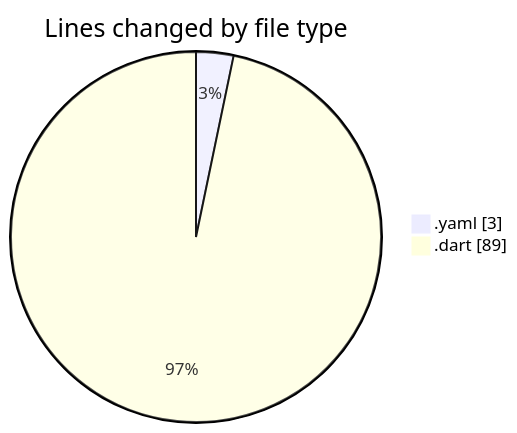
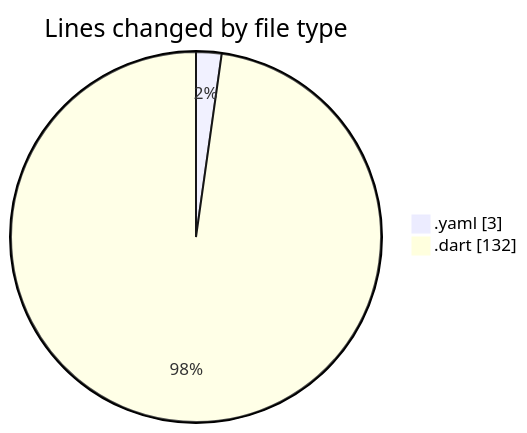
One commit to donsfak/code-tracking changed the first of 2 diagrams in 2025-02-27/drivers_app/README.md. Above: the diagram before and after it, drawn with Mermaid. The commit also changed other lines of this file and 1 other file, not shown here.

````diff
--- a/2025-02-27/drivers_app/README.md
+++ b/2025-02-27/drivers_app/README.md
@@ -22,6 +22,6 @@
 ```mermaid
 pie showData
 title Lines changed by file type
 ".yaml" : 3
-".dart" : 89
+".dart" : 132
 ```
````
